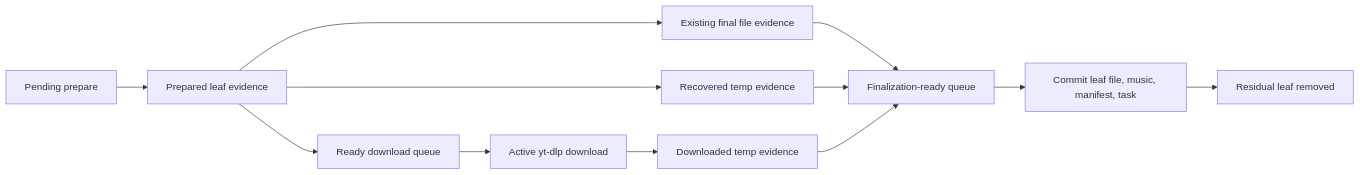
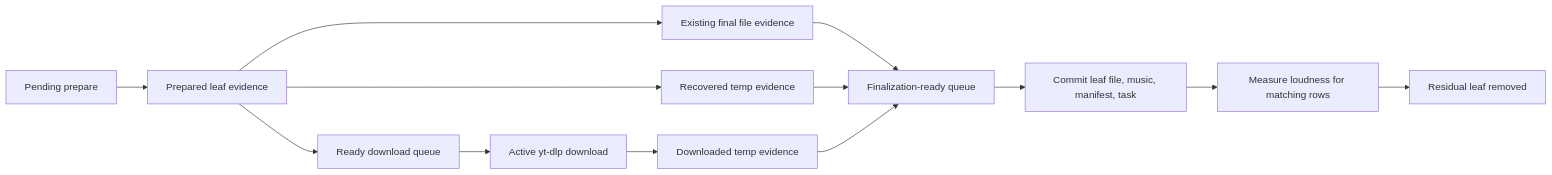
Before and after one commit to GrahLnn/slisic: the diagram in src-tauri/src/domain/downloads/download-behavior.design.md, drawn with Mermaid. The commit also changed other lines of this file and 19 other files, not shown here.

````diff
--- a/src-tauri/src/domain/downloads/download-behavior.design.md
+++ b/src-tauri/src/domain/downloads/download-behavior.design.md
@@ -189,14 +326,15 @@
 ```mermaid
 flowchart LR
     Pending["Pending prepare"] --> Prepared["Prepared leaf evidence"]
     Prepared --> Existing["Existing final file evidence"]
     Prepared --> ReadyDownload["Ready download queue"]
     Prepared --> Temp["Recovered temp evidence"]
     ReadyDownload --> Downloading["Active yt-dlp download"]
     Downloading --> Downloaded["Downloaded temp evidence"]
     Existing --> Finalize["Finalization-ready queue"]
     Temp --> Finalize
     Downloaded --> Finalize
     Finalize --> Commit["Commit leaf file, music, manifest, task"]
-    Commit --> ResidualRemoved["Residual leaf removed"]
+    Commit --> Loudness["Measure loudness for matching rows"]
+    Loudness --> ResidualRemoved["Residual leaf removed"]
 ```
````
